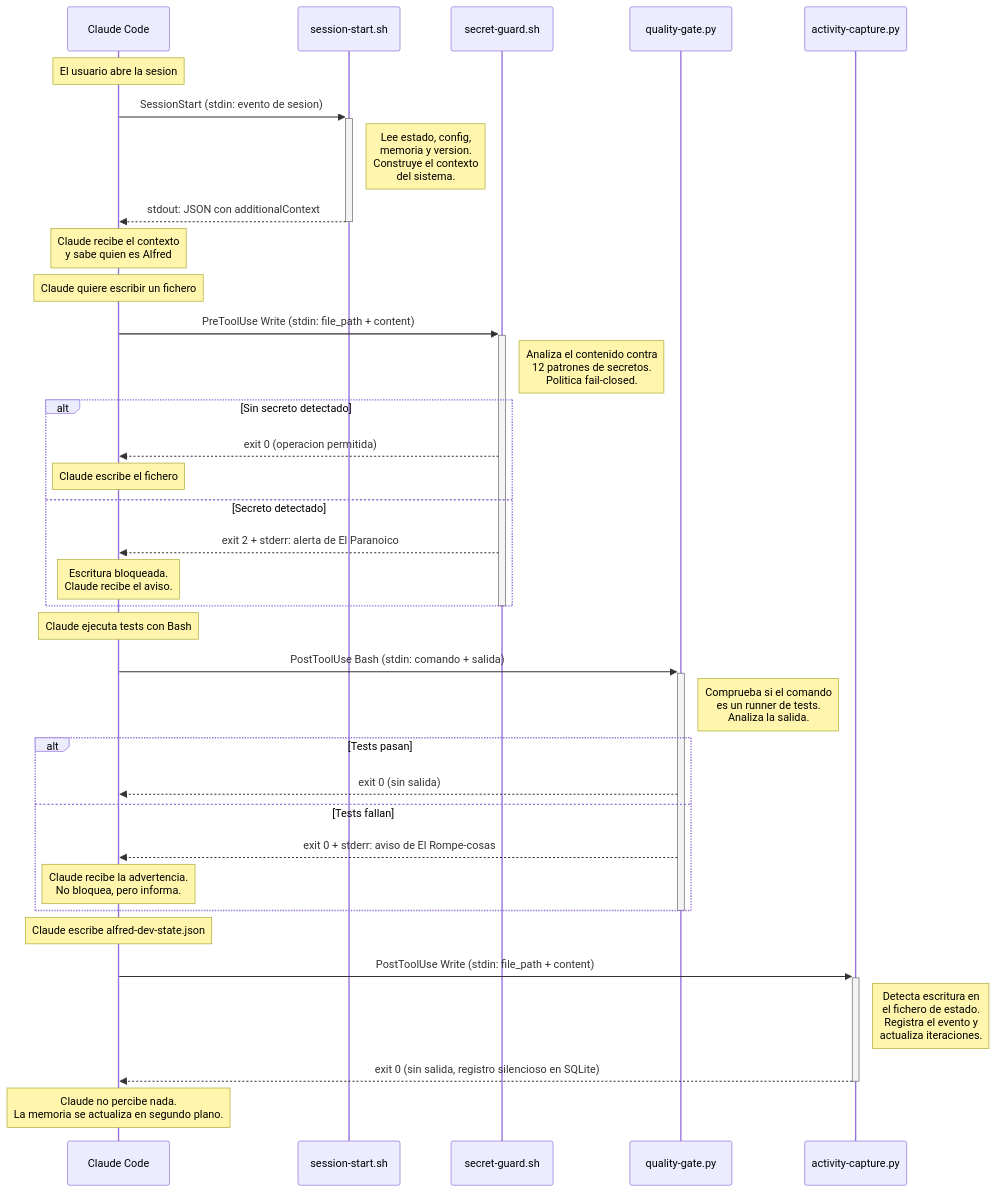
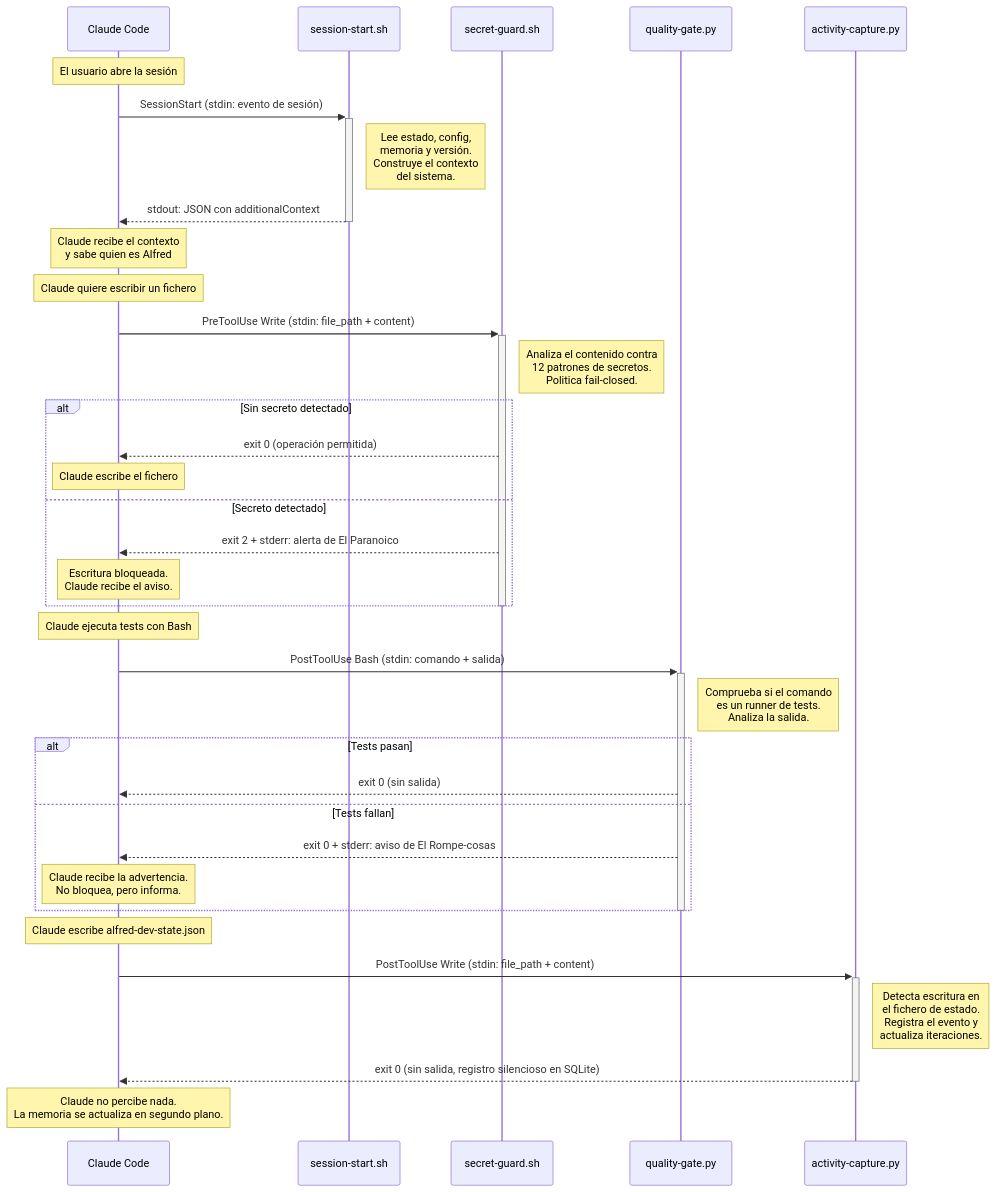
Before and after one commit to 686f6c61/alfred-dev: the diagram in docs/hooks.md, drawn with Mermaid. The commit also changed other lines of this file and 93 other files, not shown here.

````diff
--- a/docs/hooks.md
+++ b/docs/hooks.md
@@ -281,49 +281,49 @@
 ```mermaid
 sequenceDiagram
     participant CC as Claude Code
     participant SS as session-start.sh
     participant SG as secret-guard.sh
     participant QG as quality-gate.py
     participant AC as activity-capture.py
 
-    Note over CC: El usuario abre la sesion
+    Note over CC: El usuario abre la sesión
 
-    CC->>+SS: SessionStart (stdin: evento de sesion)
-    Note right of SS: Lee estado, config,<br/>memoria y version.<br/>Construye el contexto<br/>del sistema.
+    CC->>+SS: SessionStart (stdin: evento de sesión)
+    Note right of SS: Lee estado, config,<br/>memoria y versión.<br/>Construye el contexto<br/>del sistema.
     SS-->>-CC: stdout: JSON con additionalContext
     Note over CC: Claude recibe el contexto<br/>y sabe quien es Alfred
 
     Note over CC: Claude quiere escribir un fichero
 
     CC->>+SG: PreToolUse Write (stdin: file_path + content)
     Note right of SG: Analiza el contenido contra<br/>12 patrones de secretos.<br/>Politica fail-closed.
 
     alt Sin secreto detectado
-        SG-->>CC: exit 0 (operacion permitida)
+        SG-->>CC: exit 0 (operación permitida)
         Note over CC: Claude escribe el fichero
     else Secreto detectado
         SG-->>CC: exit 2 + stderr: alerta de El Paranoico
         Note over CC: Escritura bloqueada.<br/>Claude recibe el aviso.
     end
     deactivate SG
 
     Note over CC: Claude ejecuta tests con Bash
 
     CC->>+QG: PostToolUse Bash (stdin: comando + salida)
     Note right of QG: Comprueba si el comando<br/>es un runner de tests.<br/>Analiza la salida.
 
     alt Tests pasan
         QG-->>CC: exit 0 (sin salida)
     else Tests fallan
         QG-->>CC: exit 0 + stderr: aviso de El Rompe-cosas
         Note over CC: Claude recibe la advertencia.<br/>No bloquea, pero informa.
     end
     deactivate QG
 
     Note over CC: Claude escribe alfred-dev-state.json
 
     CC->>+AC: PostToolUse Write (stdin: file_path + content)
     Note right of AC: Detecta escritura en<br/>el fichero de estado.<br/>Registra el evento y<br/>actualiza iteraciones.
     AC-->>-CC: exit 0 (sin salida, registro silencioso en SQLite)
     Note over CC: Claude no percibe nada.<br/>La memoria se actualiza en segundo plano.
 ```
````
